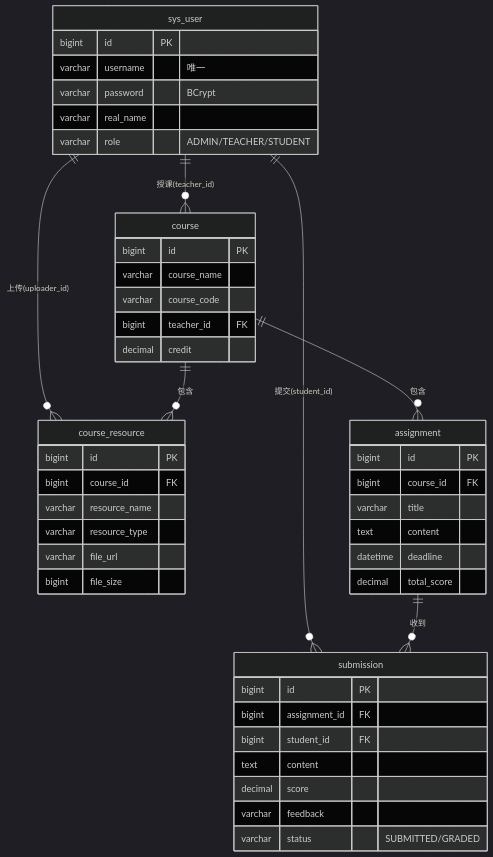
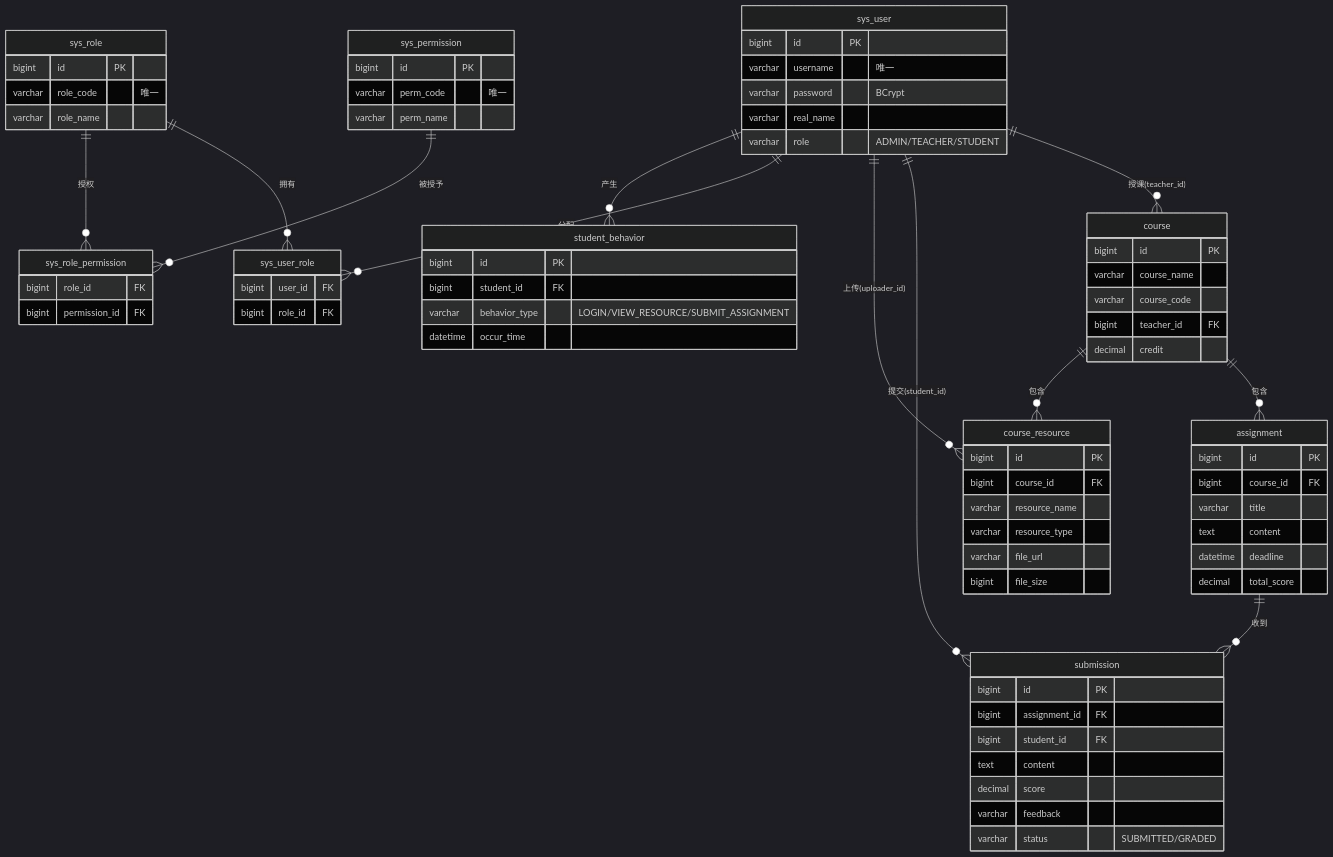
One commit to CloudGiaohaooo/smart-classroom changed the diagram in docs/数据库设计.md. Above: the diagram before and after it, drawn with Mermaid (dark theme).

Commit message:
docs: 数据库设计 ER 图补全 RBAC 四表 + 行为埋点表

````diff
--- a/docs/数据库设计.md
+++ b/docs/数据库设计.md
@@ -5,49 +5,78 @@
 ```mermaid
 erDiagram
     sys_user ||--o{ course : "授课(teacher_id)"
     sys_user ||--o{ submission : "提交(student_id)"
     sys_user ||--o{ course_resource : "上传(uploader_id)"
     course ||--o{ assignment : "包含"
     course ||--o{ course_resource : "包含"
     assignment ||--o{ submission : "收到"
+    sys_user ||--o{ sys_user_role : "分配"
+    sys_role ||--o{ sys_user_role : "拥有"
+    sys_role ||--o{ sys_role_permission : "授权"
+    sys_permission ||--o{ sys_role_permission : "被授予"
+    sys_user ||--o{ student_behavior : "产生"
 
     sys_user {
         bigint id PK
         varchar username "唯一"
         varchar password "BCrypt"
         varchar real_name
         varchar role "ADMIN/TEACHER/STUDENT"
     }
     course {
         bigint id PK
         varchar course_name
         varchar course_code
         bigint teacher_id FK
         decimal credit
     }
     assignment {
         bigint id PK
         bigint course_id FK
         varchar title
         text content
         datetime deadline
         decimal total_score
     }
     submission {
         bigint id PK
         bigint assignment_id FK
         bigint student_id FK
         text content
         decimal score
         varchar feedback
         varchar status "SUBMITTED/GRADED"
     }
     course_resource {
         bigint id PK
         bigint course_id FK
         varchar resource_name
         varchar resource_type
         varchar file_url
         bigint file_size
     }
+    sys_role {
+        bigint id PK
+        varchar role_code "唯一"
+        varchar role_name
+    }
+    sys_permission {
+        bigint id PK
+        varchar perm_code "唯一"
+        varchar perm_name
+    }
+    sys_user_role {
+        bigint user_id FK
+        bigint role_id FK
+    }
+    sys_role_permission {
+        bigint role_id FK
+        bigint permission_id FK
+    }
+    student_behavior {
+        bigint id PK
+        bigint student_id FK
+        varchar behavior_type "LOGIN/VIEW_RESOURCE/SUBMIT_ASSIGNMENT"
+        datetime occur_time
+    }
 ```
````
